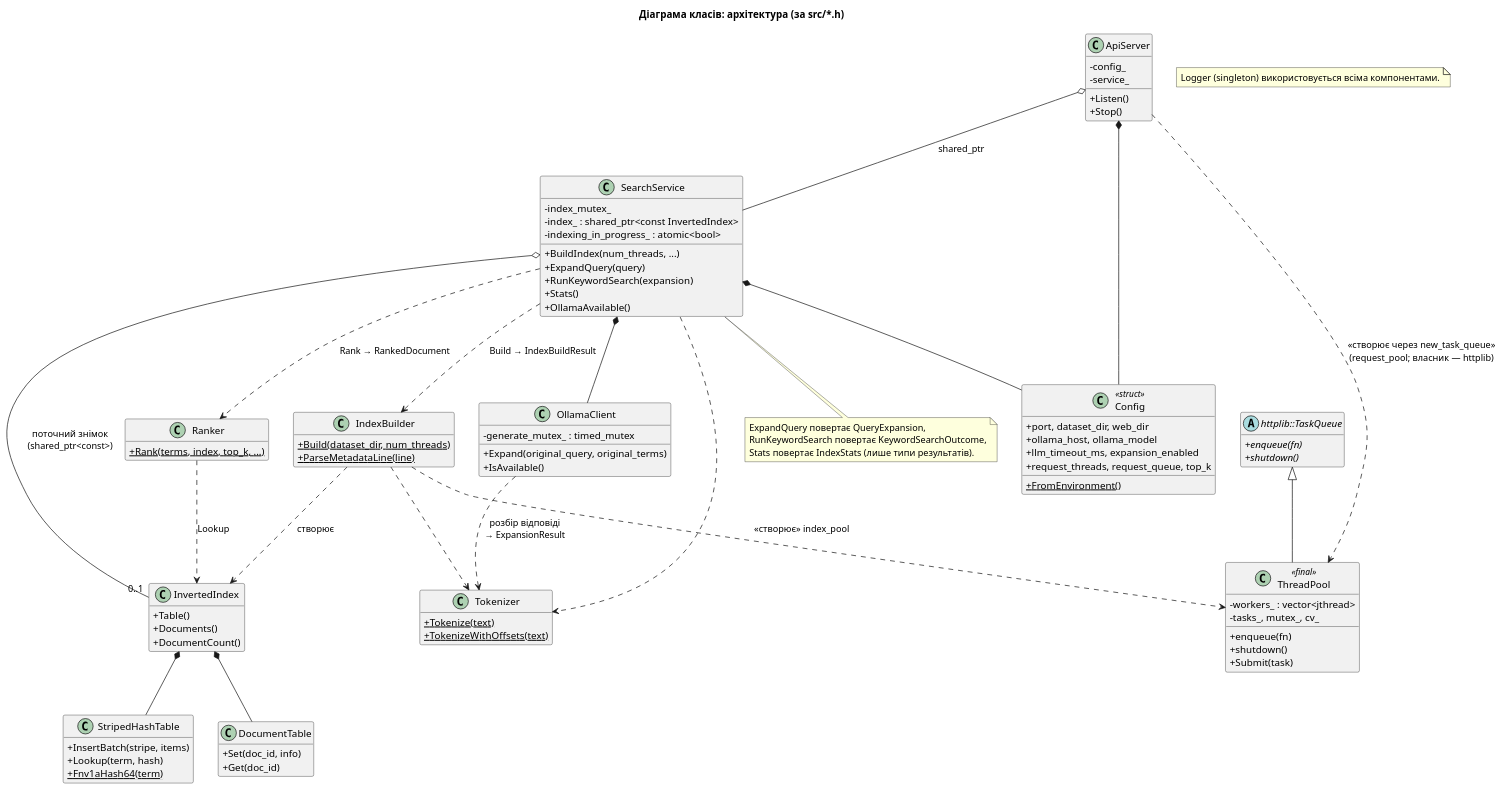
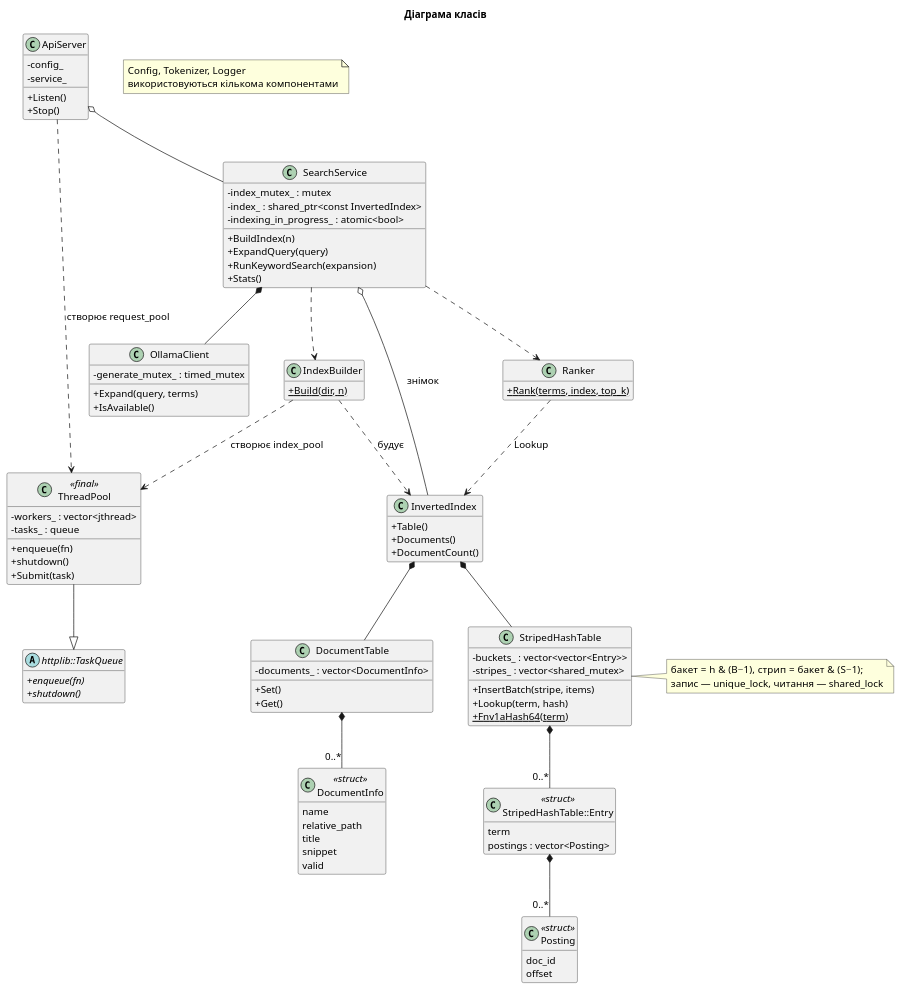
One commit to DariaMelnyk0206/course_work_parallel_computing changed the diagram in docs/uml/class_diagram.puml. Above: the diagram before and after it, drawn with PlantUML. The commit also changed 18 other files, not shown here.

Commit message:
docs(uml): make all diagrams readable

```diff
--- a/docs/uml/class_diagram.puml
+++ b/docs/uml/class_diagram.puml
@@ -1,113 +1,122 @@
 @startuml class_diagram
-title Діаграма класів: архітектура (за src/*.h)
+title Діаграма класів
+top to bottom direction
 skinparam classAttributeIconSize 0
 skinparam shadowing false
+skinparam nodesep 50
+skinparam ranksep 60
+skinparam defaultFontSize 14
 hide empty members
-
-abstract class "httplib::TaskQueue" as TaskQueue {
-  {abstract} +enqueue(fn)
-  {abstract} +shutdown()
-}
-
-class Config <<struct>> {
-  +port, dataset_dir, web_dir
-  +ollama_host, ollama_model
-  +llm_timeout_ms, expansion_enabled
-  +request_threads, request_queue, top_k
-  +{static} FromEnvironment()
-}
 
 class ApiServer {
   -config_
   -service_
   +Listen()
   +Stop()
 }
 
 class SearchService {
-  -index_mutex_
+  -index_mutex_ : mutex
   -index_ : shared_ptr<const InvertedIndex>
   -indexing_in_progress_ : atomic<bool>
-  +BuildIndex(num_threads, ...)
+  +BuildIndex(n)
   +ExpandQuery(query)
   +RunKeywordSearch(expansion)
   +Stats()
-  +OllamaAvailable()
+}
+
+class OllamaClient {
+  -generate_mutex_ : timed_mutex
+  +Expand(query, terms)
+  +IsAvailable()
+}
+
+class IndexBuilder {
+  +{static} Build(dir, n)
+}
+
+class Ranker {
+  +{static} Rank(terms, index, top_k)
 }
 
 class ThreadPool <<final>> {
   -workers_ : vector<jthread>
-  -tasks_, mutex_, cv_
+  -tasks_ : queue
   +enqueue(fn)
   +shutdown()
   +Submit(task)
 }
 
-class IndexBuilder {
-  +{static} Build(dataset_dir, num_threads)
-  +{static} ParseMetadataLine(line)
+abstract class "httplib::TaskQueue" as TaskQueue {
+  {abstract} +enqueue(fn)
+  {abstract} +shutdown()
 }
 
 class InvertedIndex {
   +Table()
   +Documents()
   +DocumentCount()
 }
 
 class StripedHashTable {
+  -buckets_ : vector<vector<Entry>>
+  -stripes_ : vector<shared_mutex>
   +InsertBatch(stripe, items)
   +Lookup(term, hash)
   +{static} Fnv1aHash64(term)
 }
 
 class DocumentTable {
-  +Set(doc_id, info)
-  +Get(doc_id)
+  -documents_ : vector<DocumentInfo>
+  +Set()
+  +Get()
 }
 
-class Ranker {
-  +{static} Rank(terms, index, top_k, ...)
+class "StripedHashTable::Entry" as Entry <<struct>> {
+  term
+  postings : vector<Posting>
 }
 
-class OllamaClient {
-  -generate_mutex_ : timed_mutex
-  +Expand(original_query, original_terms)
-  +IsAvailable()
+class Posting <<struct>> {
+  doc_id
+  offset
 }
 
-class Tokenizer {
-  +{static} Tokenize(text)
-  +{static} TokenizeWithOffsets(text)
+class DocumentInfo <<struct>> {
+  name
+  relative_path
+  title
+  snippet
+  valid
 }
 
-TaskQueue <|-- ThreadPool
-
-ApiServer ..> ThreadPool : «створює через new_task_queue»\n(request_pool; власник — httplib)
-IndexBuilder ..> ThreadPool : «створює» index_pool
-
-ApiServer *-- Config
-ApiServer o-- SearchService : shared_ptr
-SearchService *-- Config
+ApiServer o-- SearchService
 SearchService *-- OllamaClient
-SearchService o-- "0..1" InvertedIndex : поточний знімок\n(shared_ptr<const>)
+SearchService ..> IndexBuilder
+SearchService ..> Ranker
+SearchService o-- InvertedIndex : знімок
+ApiServer ..> ThreadPool : «створює request_pool»
+IndexBuilder ..> ThreadPool : «створює index_pool»
+IndexBuilder ..> InvertedIndex : «будує»
+Ranker ..> InvertedIndex : «Lookup»
+ThreadPool --|> TaskQueue
 InvertedIndex *-- StripedHashTable
 InvertedIndex *-- DocumentTable
+StripedHashTable *-- "0..*" Entry
+Entry *-- "0..*" Posting
+DocumentTable *-- "0..*" DocumentInfo
 
-SearchService ..> IndexBuilder : Build → IndexBuildResult
-SearchService ..> Ranker : Rank → RankedDocument
-SearchService ..> Tokenizer
-IndexBuilder ..> InvertedIndex : «створює»
-IndexBuilder ..> Tokenizer
-Ranker ..> InvertedIndex : Lookup
-OllamaClient ..> Tokenizer : розбір відповіді\n→ ExpansionResult
+OllamaClient -[hidden]right- IndexBuilder
+IndexBuilder -[hidden]right- Ranker
+SearchService -[hidden]down- IndexBuilder
 
-note bottom of SearchService
-  ExpandQuery повертає QueryExpansion,
-  RunKeywordSearch повертає KeywordSearchOutcome,
-  Stats повертає IndexStats (лише типи результатів).
+note right of StripedHashTable
+  бакет = h & (B−1), стрип = бакет & (S−1);
+  запис — unique_lock, читання — shared_lock
 end note
 
 note as N1
-  Logger (singleton) використовується всіма компонентами.
+  Config, Tokenizer, Logger
+  використовуються кількома компонентами
 end note
 @enduml
```
